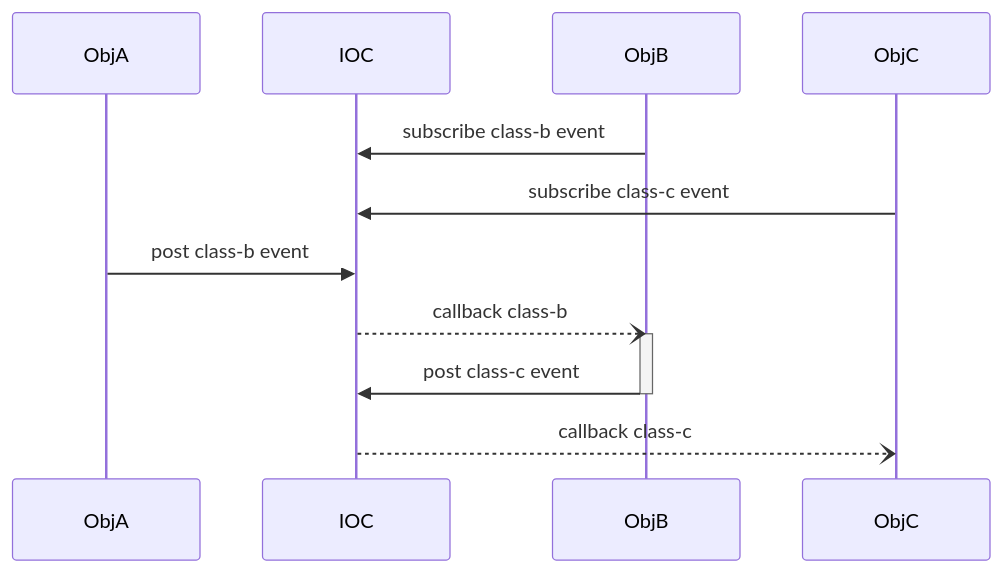
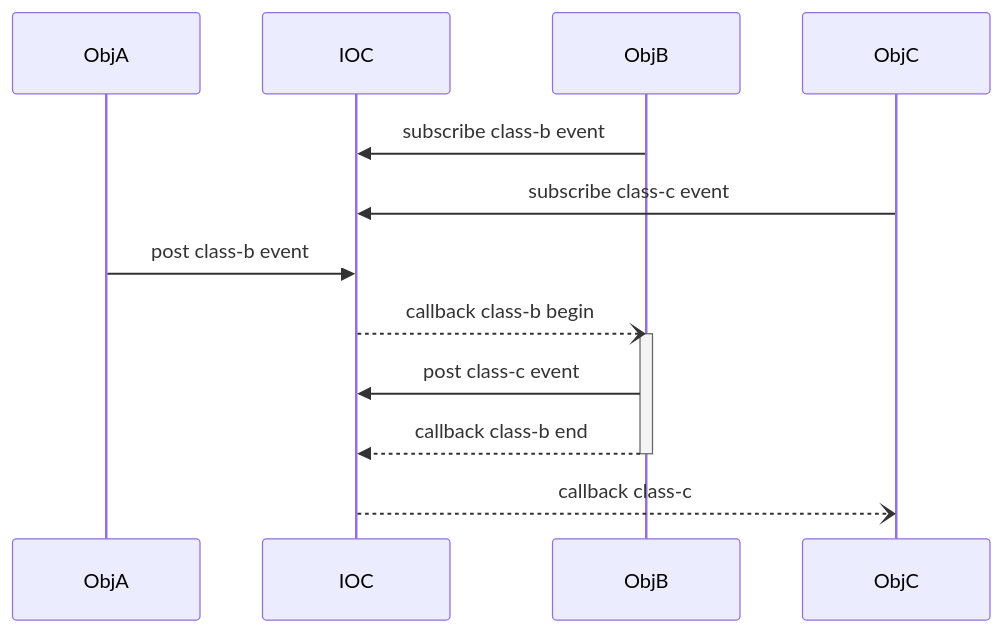
One commit to EnigmaWU/MyIOC_inTDD_withGHC changed diagram 14 of 15 in README_UseCase.md. Above: the diagram before and after it, drawn with Mermaid. The commit also changed other lines of this file, not shown here.

````diff
--- a/README_UseCase.md
+++ b/README_UseCase.md
@@ -264,15 +264,16 @@
 ```mermaid
 sequenceDiagram
     participant ObjA
     participant IOC
     participant ObjB
     participant ObjC
     ObjB->>IOC: subscribe class-b event
     ObjC->>IOC: subscribe class-c event
     ObjA->>IOC: post class-b event
-    IOC--)ObjB: callback class-b
+    IOC--)ObjB: callback class-b begin
     activate ObjB
     ObjB->>IOC: post class-c event
+    ObjB -->> IOC: callback class-b end
     deactivate ObjB
     IOC--)ObjC: callback class-c
 ```
````
